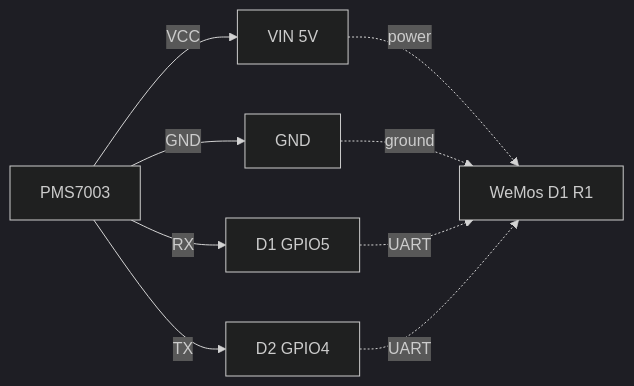
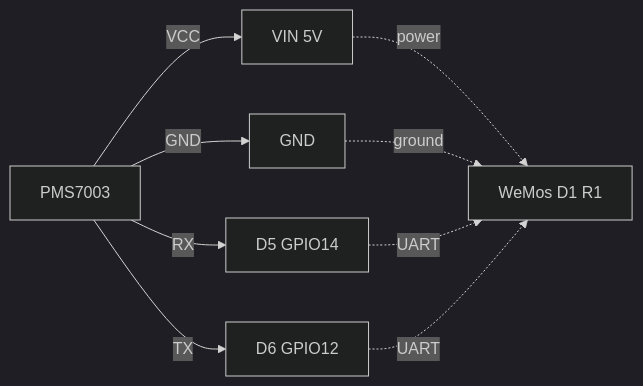
The second of 2 diagrams in README.md (phukrit7171/pms7003-esp8266-cloud), drawn with Mermaid (dark theme) before and after one commit. The commit also changed other lines of this file and 2 other files, not shown here.

First line of the commit message:
feat(firmware): rewire TX to GPIO13 and add hardware wiring docs

````diff
--- a/README.md
+++ b/README.md
@@ -93,11 +94,11 @@
 ```mermaid
 graph LR
   PMS[PMS7003] -- VCC --> VIN[VIN 5V]
   PMS -- GND --> GND[GND]
-  PMS -- RX --> D1[D1 GPIO5]
-  PMS -- TX --> D2[D2 GPIO4]
+  PMS -- RX --> D5[D5 GPIO14]
+  PMS -- TX --> D6[D6 GPIO12]
   VIN -. power .-> MCU[WeMos D1 R1]
   GND -. ground .-> MCU
-  D1 -. UART .-> MCU
-  D2 -. UART .-> MCU
+  D5 -. UART .-> MCU
+  D6 -. UART .-> MCU
 ```
````
